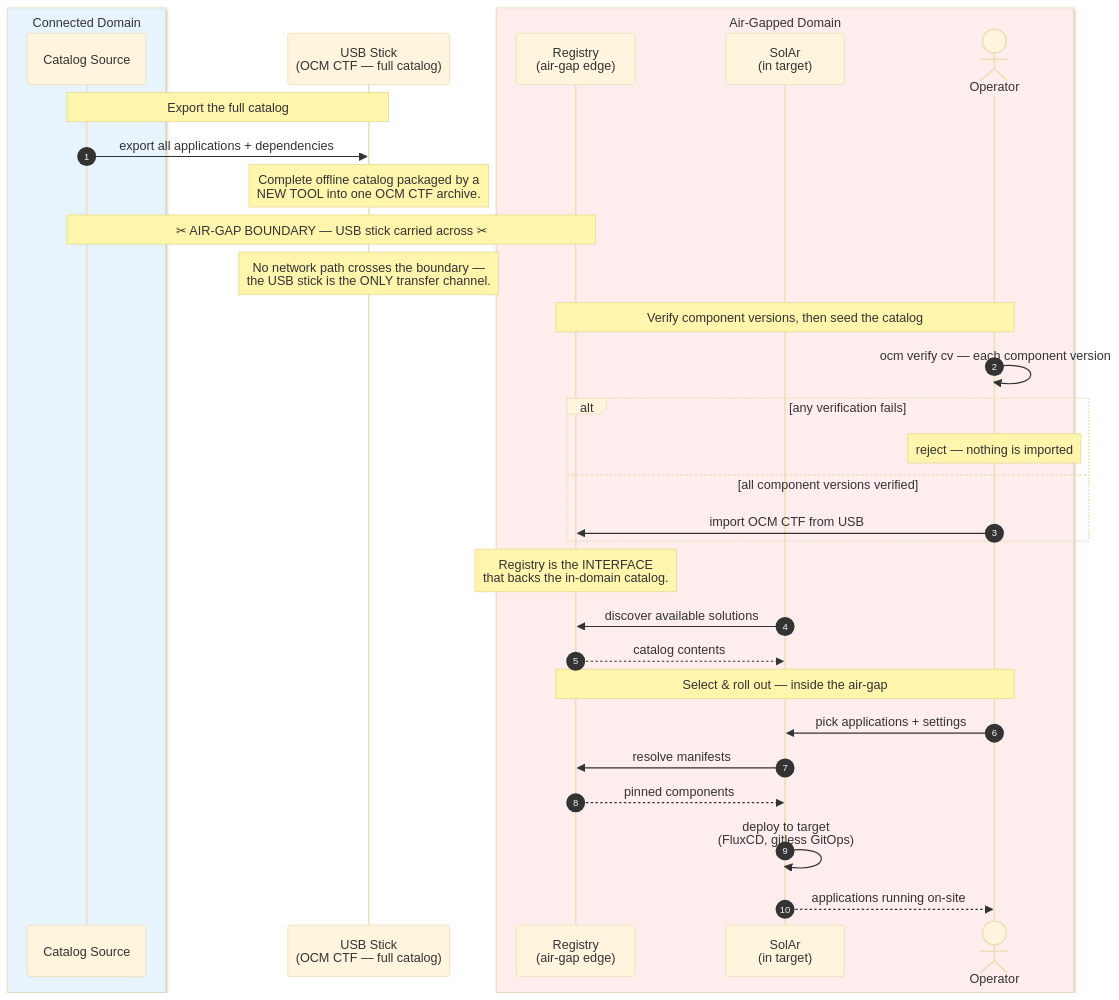
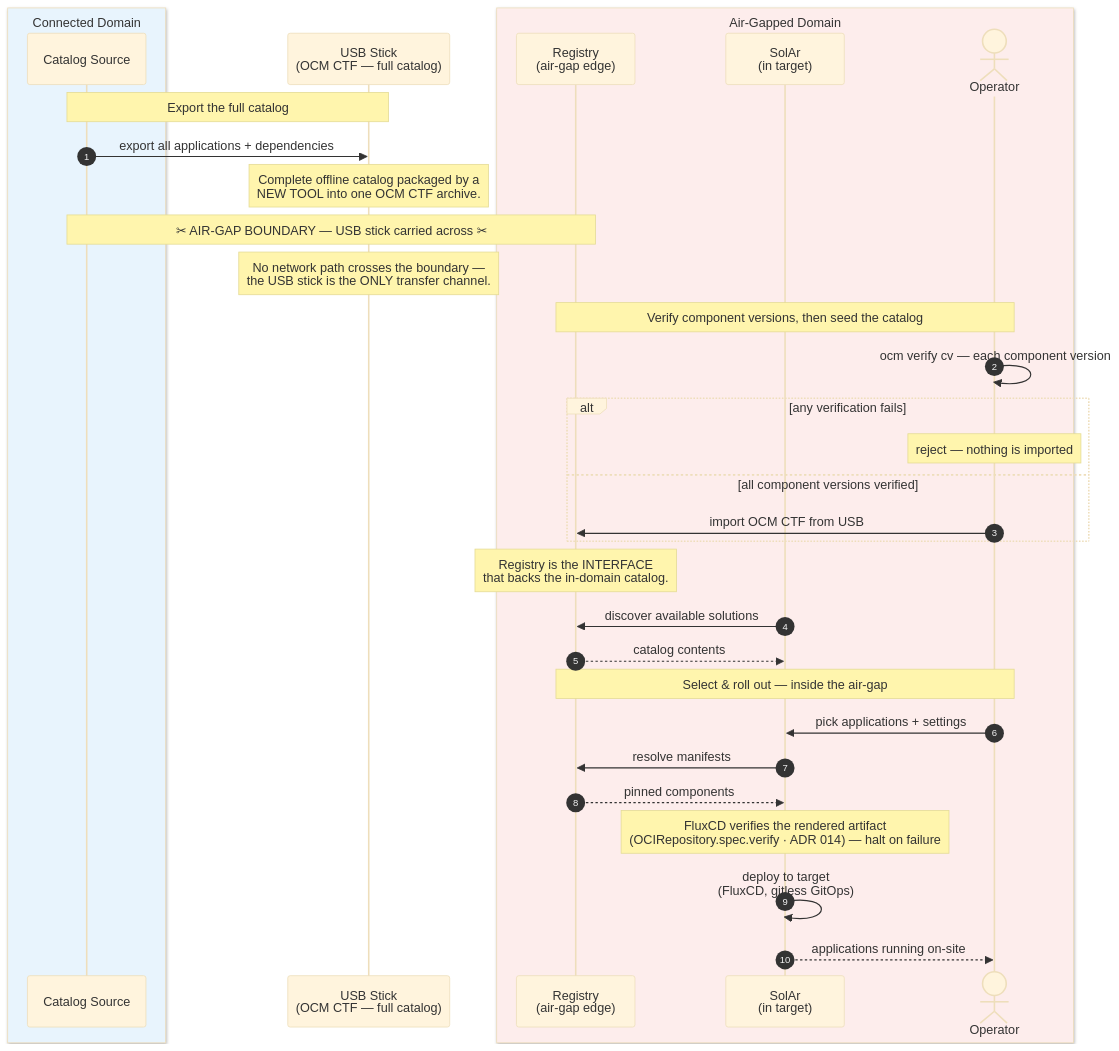
Before and after one commit to opendefensecloud/solution-arsenal: the first of 2 diagrams in docs/developer-guide/adrs/016-airgapped-catalog-chaining.md, drawn with Mermaid (base theme). The commit also changed other lines of this file and 2 other files, not shown here.

Commit message:
docs(adr-016): document deploy-time FluxCD OCIRepository.spec.verify (two-layer verification)

````diff
--- a/docs/developer-guide/adrs/016-airgapped-catalog-chaining.md
+++ b/docs/developer-guide/adrs/016-airgapped-catalog-chaining.md
@@ -102,41 +102,42 @@
 ```mermaid
 sequenceDiagram
     autonumber
 
     box rgb(232,244,253) Connected Domain
         participant Src as Catalog Source
     end
 
     participant USB as USB Stick<br/>(OCM CTF — full catalog)
 
     box rgb(253,237,236) Air-Gapped Domain
         participant Reg as Registry<br/>(air-gap edge)
         participant SolAr as SolAr<br/>(in target)
         actor User as Operator
     end
 
     Note over Src,USB: Export the full catalog
     Src->>USB: export all applications + dependencies
     Note over USB: Complete offline catalog packaged by a<br/>NEW TOOL into one OCM CTF archive.
 
     Note over Src,Reg: ✂ AIR-GAP BOUNDARY — USB stick carried across ✂
     Note over USB: No network path crosses the boundary —<br/>the USB stick is the ONLY transfer channel.
 
     Note over Reg,User: Verify component versions, then seed the catalog
     User->>User: ocm verify cv — each component version
     alt any verification fails
         Note over User: reject — nothing is imported
     else all component versions verified
         User->>Reg: import OCM CTF from USB
     end
     Note over Reg: Registry is the INTERFACE<br/>that backs the in-domain catalog.
     SolAr->>Reg: discover available solutions
     Reg-->>SolAr: catalog contents
 
     Note over Reg,User: Select & roll out — inside the air-gap
     User->>SolAr: pick applications + settings
     SolAr->>Reg: resolve manifests
     Reg-->>SolAr: pinned components
+    Note over SolAr: FluxCD verifies the rendered artifact<br/>(OCIRepository.spec.verify · ADR 014) — halt on failure
     SolAr->>SolAr: deploy to target<br/>(FluxCD, gitless GitOps)
     SolAr-->>User: applications running on-site
 ```
````
